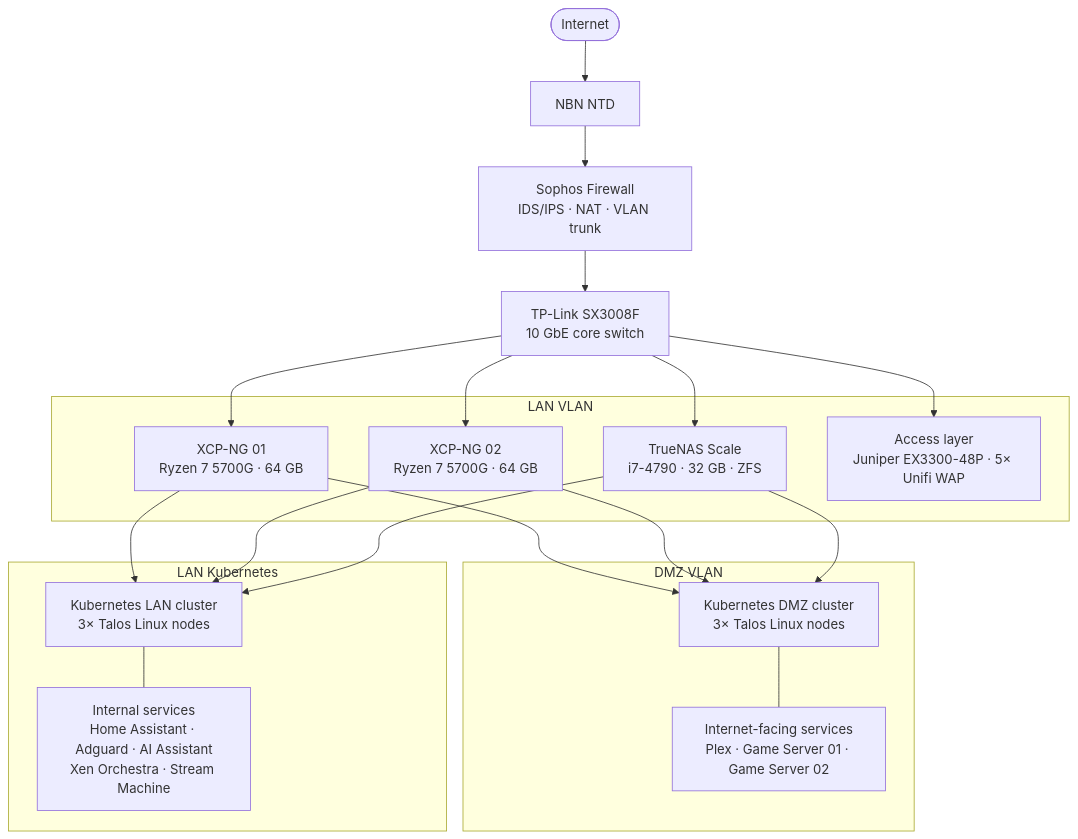
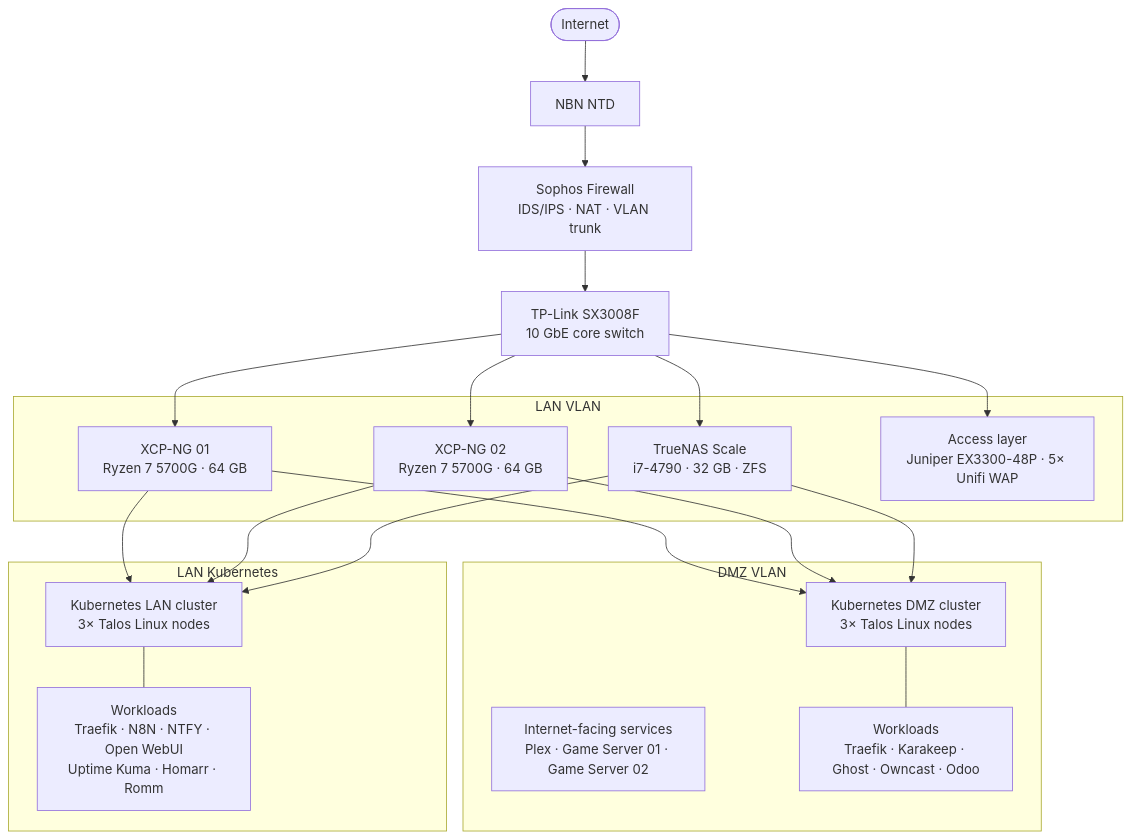
Before and after one commit to Kylindrias/Home-Lab: the diagram in README.md, drawn with Mermaid. The commit also changed other lines of this file, not shown here.

First line of the commit message:
Revise README for lab infrastructure and services

````diff
--- a/README.md
+++ b/README.md
@@ -13,32 +13,33 @@
 ```mermaid
 graph TD
     internet([Internet])
     nbn[NBN NTD]
     sophos[Sophos Firewall\nIDS/IPS · NAT · VLAN trunk]
     core[TP-Link SX3008F\n10 GbE core switch]
 
     internet --> nbn --> sophos --> core
 
     subgraph LAN VLAN
         xcp1[XCP-NG 01\nRyzen 7 5700G · 64 GB]
         xcp2[XCP-NG 02\nRyzen 7 5700G · 64 GB]
         nas[TrueNAS Scale\ni7-4790 · 32 GB · ZFS]
         access[Access layer\nJuniper EX3300-48P · 5× Unifi WAP]
     end
 
     subgraph DMZ VLAN
         dmz_svcs[Internet-facing services\nPlex · Game Server 01 · Game Server 02]
         k8s_dmz[Kubernetes DMZ cluster\n3× Talos Linux nodes]
+        dmz_wl[Workloads\nTraefik · Karakeep · Ghost · Owncast · Odoo]
     end
 
     subgraph LAN Kubernetes
         k8s_lan[Kubernetes LAN cluster\n3× Talos Linux nodes]
-        lan_svcs[Internal services\nHome Assistant · Adguard · AI Assistant\nXen Orchestra · Stream Machine]
+        lan_svcs[Workloads\nTraefik · N8N · NTFY · Open WebUI\nUptime Kuma · Homarr · Romm]
     end
 
     core --> xcp1 & xcp2 & nas & access
     xcp1 & xcp2 & nas --> k8s_dmz
     xcp1 & xcp2 & nas --> k8s_lan
-    k8s_dmz --- dmz_svcs
+    k8s_dmz --- dmz_wl
     k8s_lan --- lan_svcs
 ```
````
